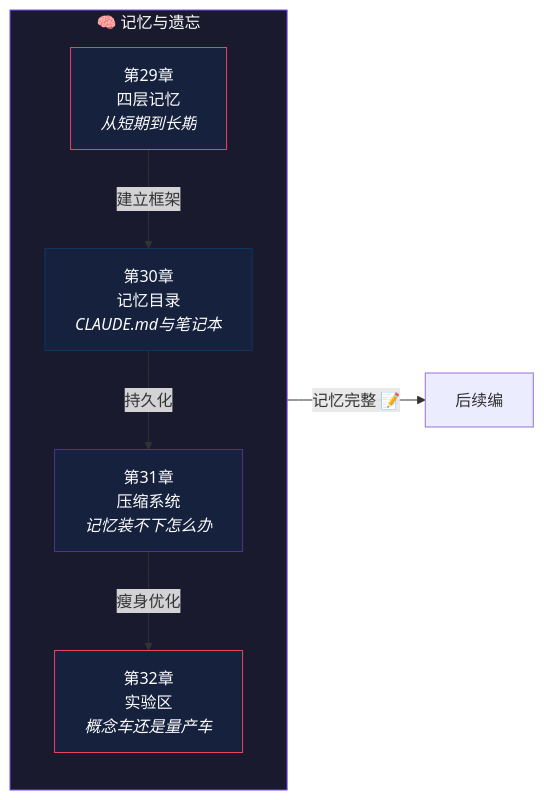
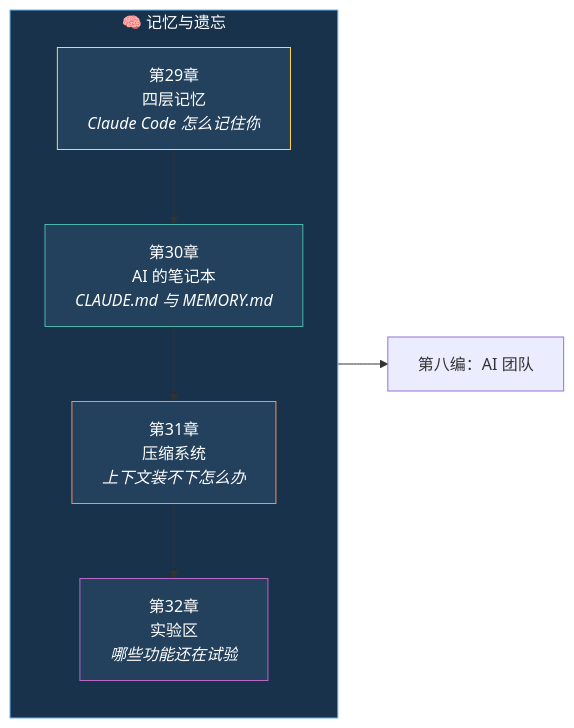
One commit to wangedoo518/claude-code-book changed the first of 2 diagrams in docs/part7/index.md. Above: the diagram before and after it, drawn with Mermaid. The commit also changed other lines of this file and 25 other files, not shown here.

````diff
--- a/docs/part7/index.md
+++ b/docs/part7/index.md
@@ -19,21 +19,19 @@
 ```mermaid
 flowchart LR
     subgraph 第七编["🧠 记忆与遗忘"]
         direction TB
-        C29["第29章<br/>四层记忆<br/><i>从短期到长期</i>"]
-        C30["第30章<br/>记忆目录<br/><i>CLAUDE.md与笔记本</i>"]
-        C31["第31章<br/>压缩系统<br/><i>记忆装不下怎么办</i>"]
-        C32["第32章<br/>实验区<br/><i>概念车还是量产车</i>"]
+        C29["第29章<br/>四层记忆<br/><i>Claude Code 怎么记住你</i>"]
+        C30["第30章<br/>AI 的笔记本<br/><i>CLAUDE.md 与 MEMORY.md</i>"]
+        C31["第31章<br/>压缩系统<br/><i>上下文装不下怎么办</i>"]
+        C32["第32章<br/>实验区<br/><i>哪些功能还在试验</i>"]
     end
 
-    C29 -->|建立框架| C30
-    C30 -->|持久化| C31
-    C31 -->|瘦身优化| C32
-    C32 -->|"记忆完整 📝"| 后续编
+    C29 --> C30 --> C31 --> C32
+    C32 --> NEXT["第八编：AI 团队"]
 
-    style 第七编 fill:#1a1a2e,stroke:#7c4dff,color:#fff
-    style C29 fill:#16213e,stroke:#e94560,color:#fff
-    style C30 fill:#16213e,stroke:#0f3460,color:#fff
-    style C31 fill:#16213e,stroke:#533483,color:#fff
-    style C32 fill:#16213e,stroke:#e94560,color:#fff
+    style 第七编 fill:#18324b,stroke:#64b5f6,color:#fff
+    style C29 fill:#23415d,stroke:#ffd54f,color:#fff
+    style C30 fill:#23415d,stroke:#4db6ac,color:#fff
+    style C31 fill:#23415d,stroke:#ff8a65,color:#fff
+    style C32 fill:#23415d,stroke:#ba68c8,color:#fff
 ```
````
